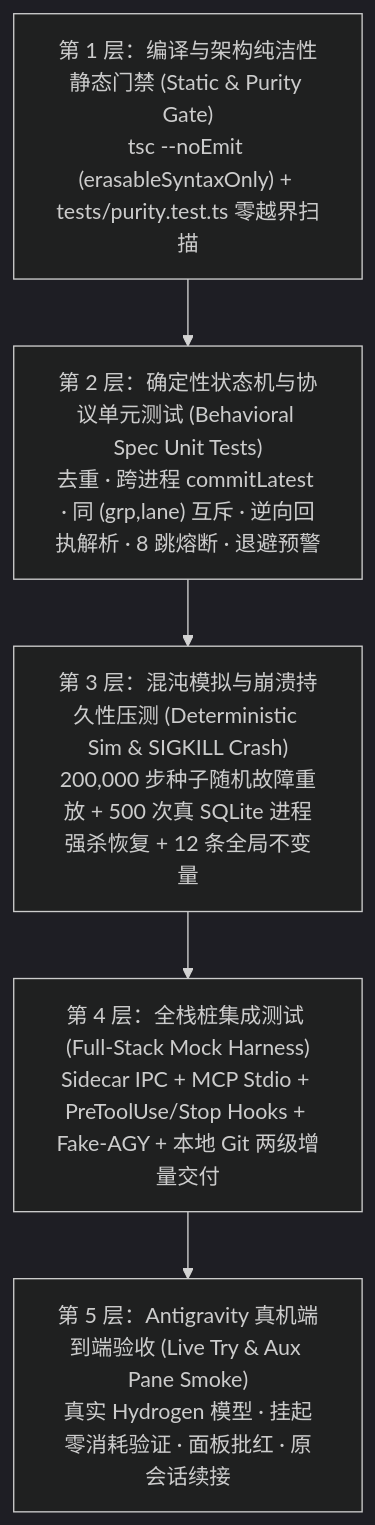
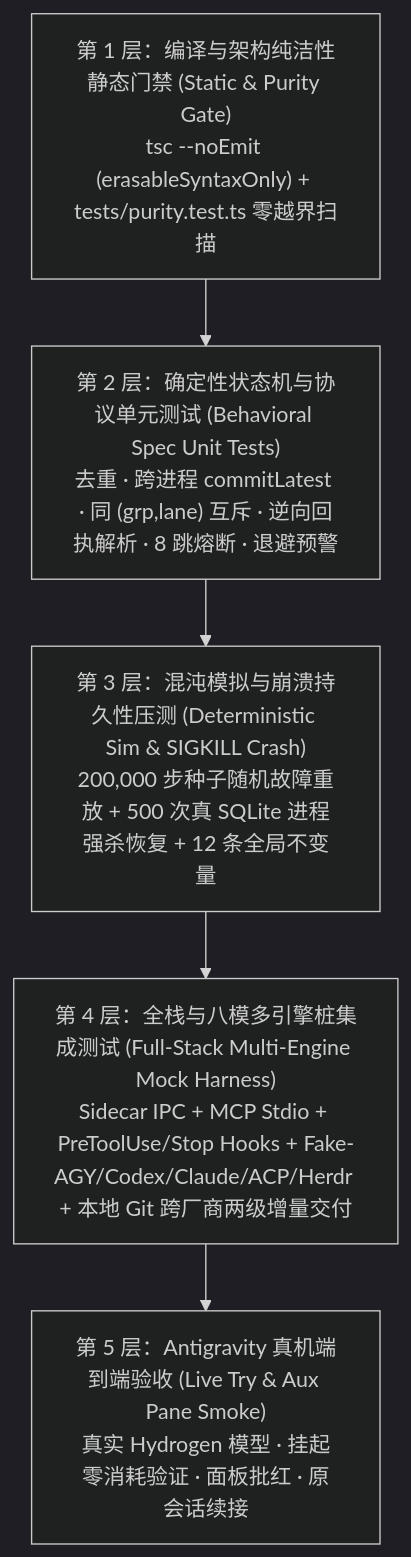
Before and after one commit to jlcbk/Antigravity-autoloop: the diagram in docs/06-testing-verification-and-acceptance.md, drawn with Mermaid (dark theme). The commit also changed other lines of this file and 7 other files, not shown here.

Commit message:
docs(v1.2): bump manifests to 1.2.0 and align multi-engine runner & test specs

````diff
--- a/docs/06-testing-verification-and-acceptance.md
+++ b/docs/06-testing-verification-and-acceptance.md
@@ -16,10 +16,10 @@
 ```mermaid
 flowchart TB
     L5["第 5 层：Antigravity 真机端到端验收 (Live Try & Aux Pane Smoke)<br/>真实 Hydrogen 模型 · 挂起零消耗验证 · 面板批红 · 原会话续接"]
-    L4["第 4 层：全栈桩集成测试 (Full-Stack Mock Harness)<br/>Sidecar IPC + MCP Stdio + PreToolUse/Stop Hooks + Fake-AGY + 本地 Git 两级增量交付"]
+    L4["第 4 层：全栈与八模多引擎桩集成测试 (Full-Stack Multi-Engine Mock Harness)<br/>Sidecar IPC + MCP Stdio + PreToolUse/Stop Hooks + Fake-AGY/Codex/Claude/ACP/Herdr + 本地 Git 跨厂商两级增量交付"]
     L3["第 3 层：混沌模拟与崩溃持久性压测 (Deterministic Sim & SIGKILL Crash)<br/>200,000 步种子随机故障重放 + 500 次真 SQLite 进程强杀恢复 + 12 条全局不变量"]
     L2["第 2 层：确定性状态机与协议单元测试 (Behavioral Spec Unit Tests)<br/>去重 · 跨进程 commitLatest · 同 (grp,lane) 互斥 · 逆向回执解析 · 8 跳熔断 · 退避预警"]
     L1["第 1 层：编译与架构纯洁性静态门禁 (Static & Purity Gate)<br/>tsc --noEmit (erasableSyntaxOnly) + tests/purity.test.ts 零越界扫描"]
 
     L1 --> L2 --> L3 --> L4 --> L5
 ```
````
